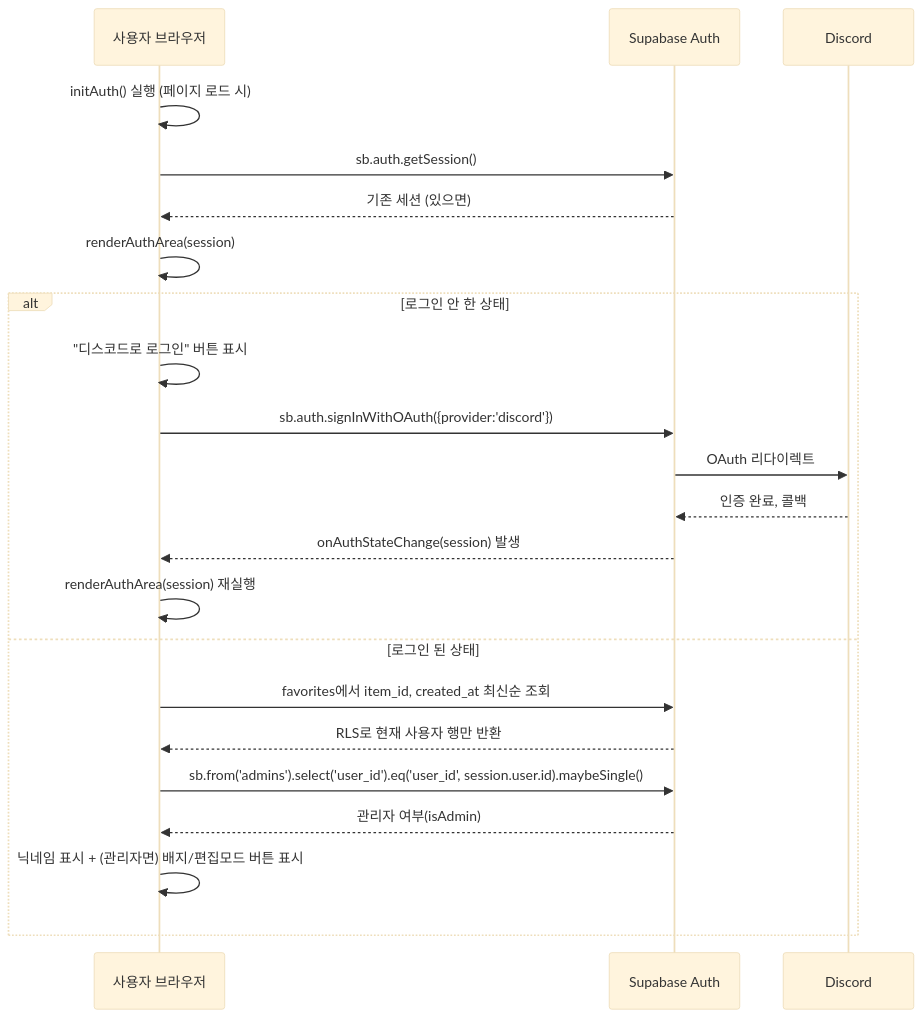
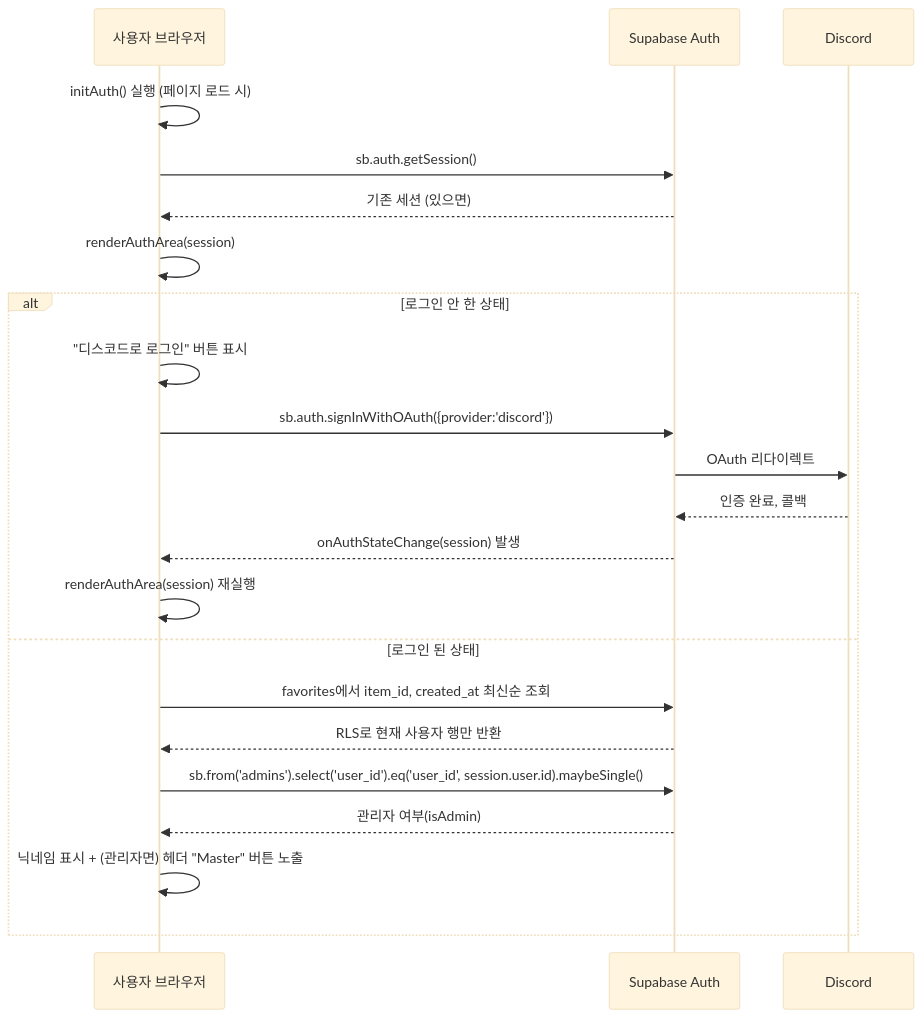
The diagram in docs/architecture/auth-flow.md (K-Hena/sudden-archive), drawn with Mermaid (base theme) before and after one commit. The commit also changed other lines of this file and 10 other files, not shown here.

First line of the commit message:
feat: 그룹 D-2 4단계 — Master "맵 관리" 탭 + 기존 편집모드 완전 제거

````diff
--- a/docs/architecture/auth-flow.md
+++ b/docs/architecture/auth-flow.md
@@ -9,26 +9,26 @@
 ```mermaid
 sequenceDiagram
     participant U as 사용자 브라우저
     participant S as Supabase Auth
     participant D as Discord
 
     U->>U: initAuth() 실행 (페이지 로드 시)
     U->>S: sb.auth.getSession()
     S-->>U: 기존 세션 (있으면)
     U->>U: renderAuthArea(session)
 
     alt 로그인 안 한 상태
         U->>U: "디스코드로 로그인" 버튼 표시
         U->>S: sb.auth.signInWithOAuth({provider:'discord'})
         S->>D: OAuth 리다이렉트
         D-->>S: 인증 완료, 콜백
         S-->>U: onAuthStateChange(session) 발생
         U->>U: renderAuthArea(session) 재실행
     else 로그인 된 상태
         U->>S: favorites에서 item_id, created_at 최신순 조회
         S-->>U: RLS로 현재 사용자 행만 반환
         U->>S: sb.from('admins').select('user_id').eq('user_id', session.user.id).maybeSingle()
         S-->>U: 관리자 여부(isAdmin)
-        U->>U: 닉네임 표시 + (관리자면) 배지/편집모드 버튼 표시
+        U->>U: 닉네임 표시 + (관리자면) 헤더 "Master" 버튼 노출
     end
 ```
````
